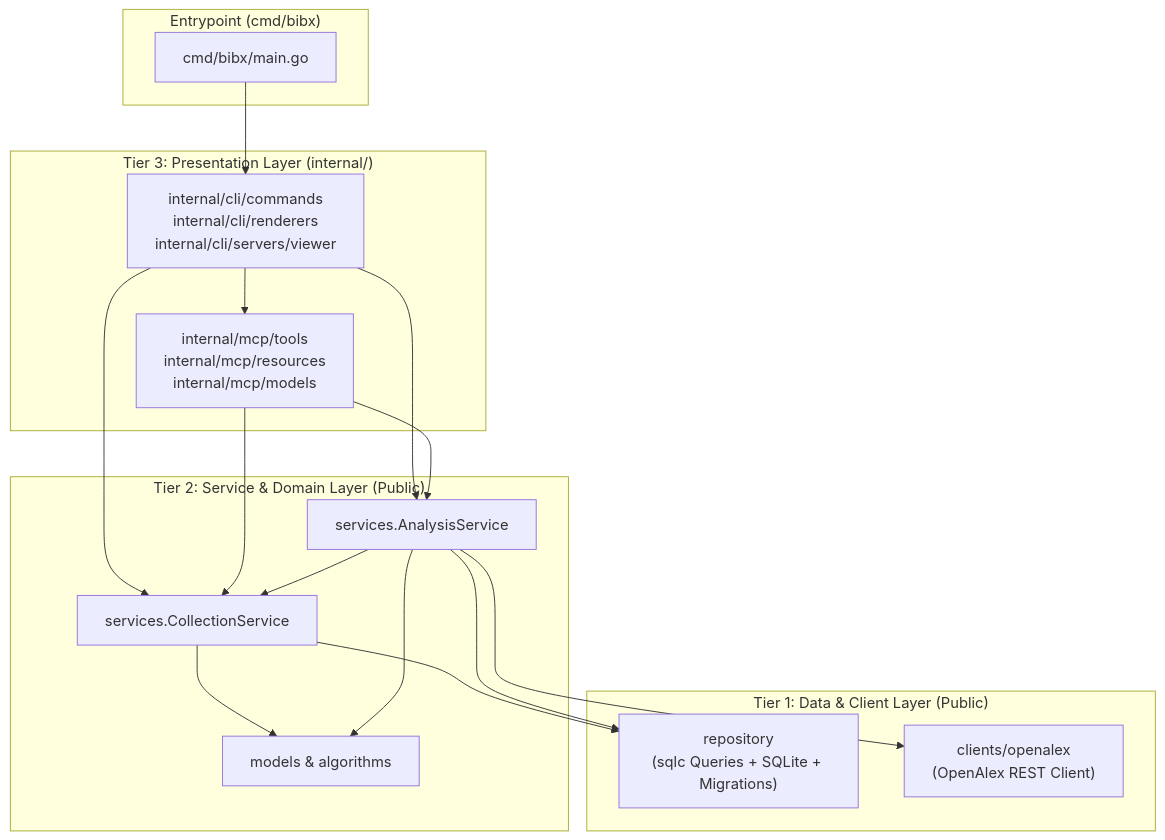
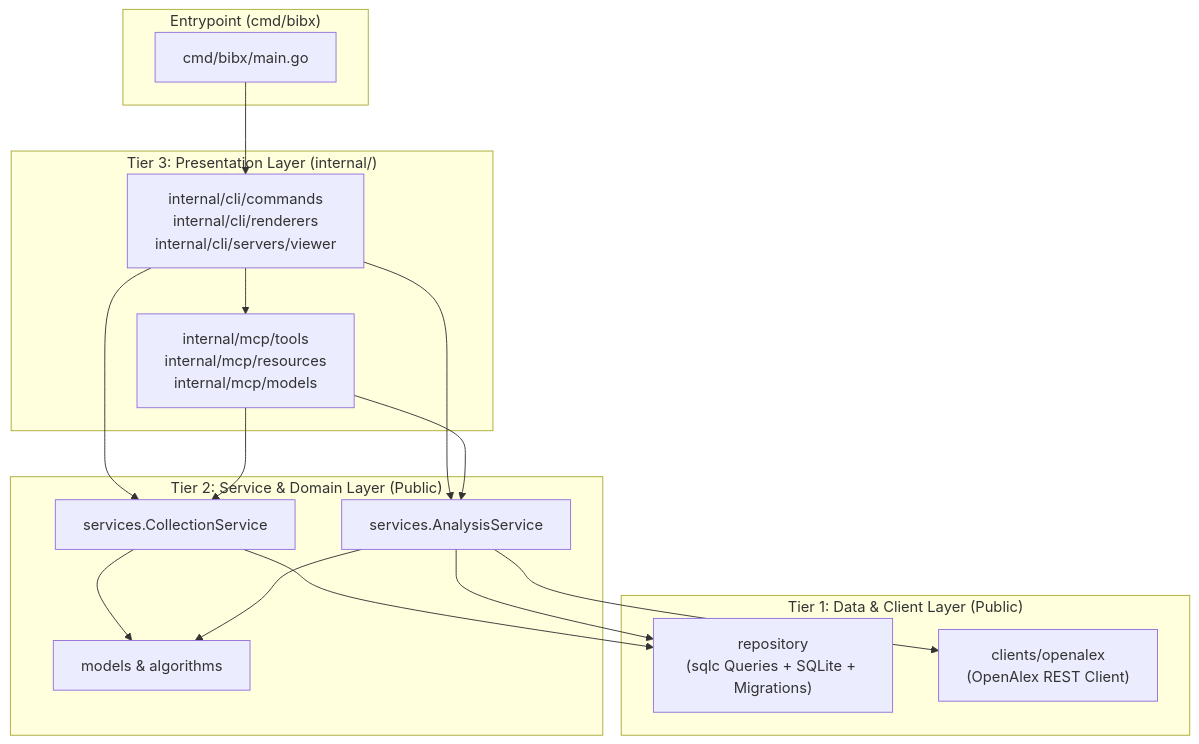
The diagram in docs/plans/three-tier-architecture.md (coreofscience/go-bibx), drawn with Mermaid before and after one commit. The commit also changed other lines of this file, not shown here.

````diff
--- a/docs/plans/three-tier-architecture.md
+++ b/docs/plans/three-tier-architecture.md
@@ -47,35 +52,34 @@
 ```mermaid
 flowchart TD
     subgraph Entrypoint ["Entrypoint (cmd/bibx)"]
         Main["cmd/bibx/main.go"]
     end
 
     subgraph Tier3 ["Tier 3: Presentation Layer (internal/)"]
         CLI["internal/cli/commands\ninternal/cli/renderers\ninternal/cli/servers/viewer"]
         MCP["internal/mcp/tools\ninternal/mcp/resources\ninternal/mcp/models"]
     end
 
     subgraph Tier2 ["Tier 2: Service & Domain Layer (Public)"]
         ColSvc["services.CollectionService"]
         AnaSvc["services.AnalysisService"]
         Domain["models & algorithms"]
     end
 
     subgraph Tier1 ["Tier 1: Data & Client Layer (Public)"]
         Repo["repository\n(sqlc Queries + SQLite + Migrations)"]
         OAClient["clients/openalex\n(OpenAlex REST Client)"]
     end
 
     Main --> CLI
     CLI --> MCP
     CLI --> ColSvc
     CLI --> AnaSvc
     MCP --> ColSvc
     MCP --> AnaSvc
     ColSvc --> Repo
-    AnaSvc --> ColSvc
     AnaSvc --> Repo
     AnaSvc --> OAClient
     ColSvc --> Domain
     AnaSvc --> Domain
 ```
````
